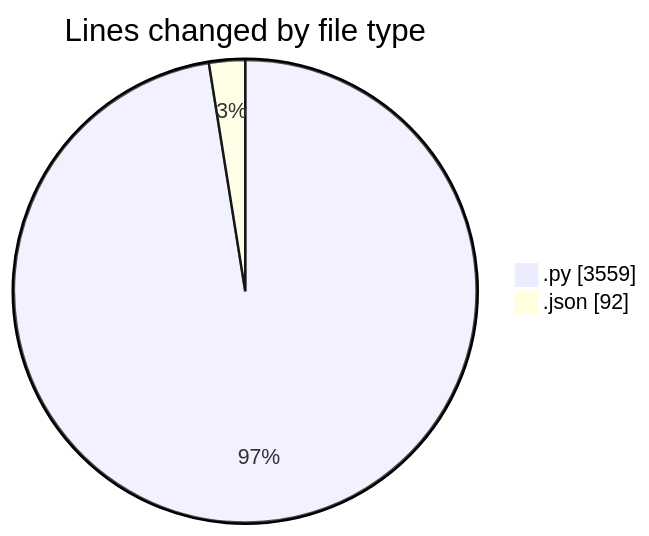
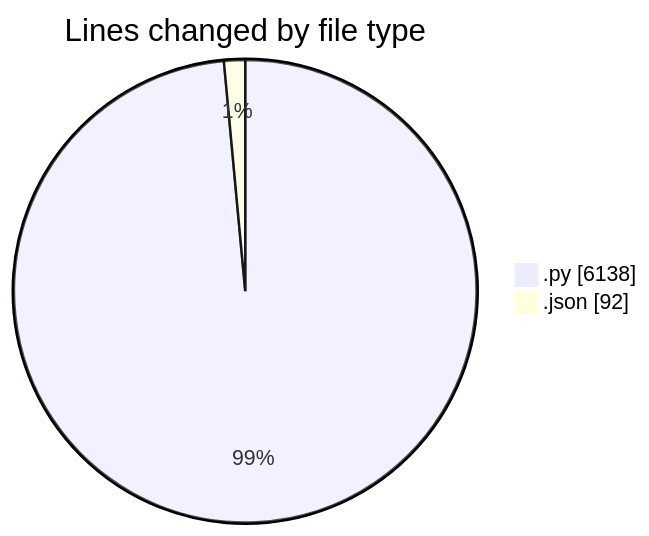
The first of 2 diagrams in 2025-07-13/telebot/README.md (jrari/code-tracking), drawn with Mermaid before and after one commit. The commit also changed other lines of this file and 1 other file, not shown here.

````diff
--- a/2025-07-13/telebot/README.md
+++ b/2025-07-13/telebot/README.md
@@ -27,6 +29,6 @@
 ```mermaid
 pie showData
 title Lines changed by file type
-".py" : 3559
+".py" : 6138
 ".json" : 92
 ```
````
